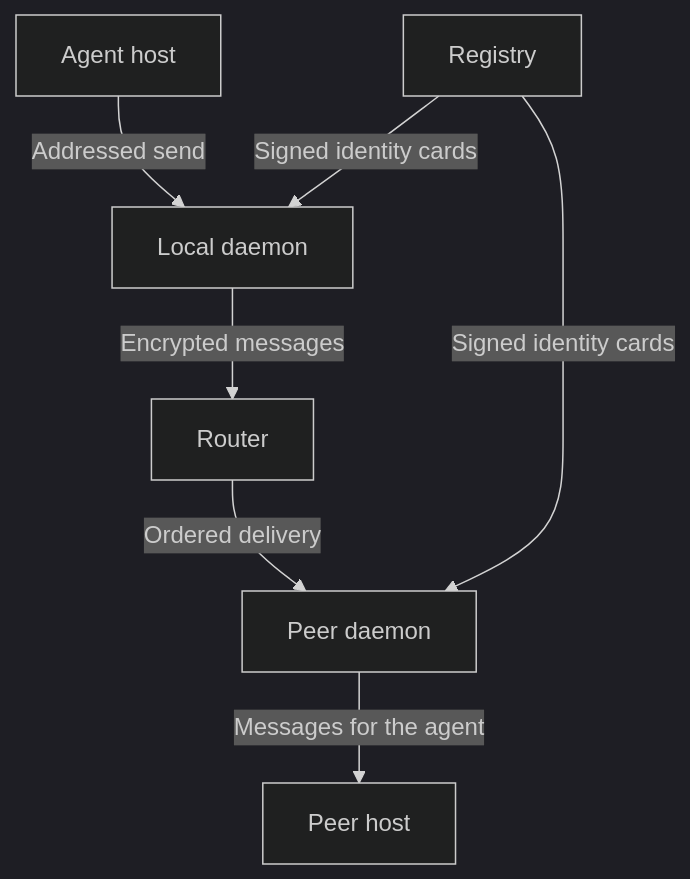
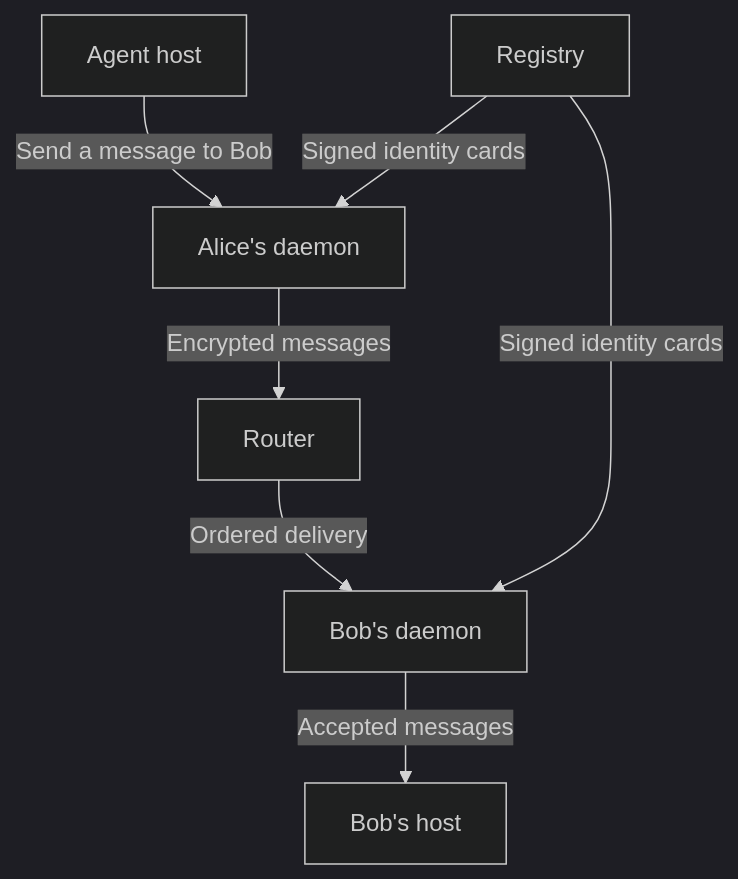
One commit to social-harness/moltzap changed the diagram in docs/concepts/architecture.mdx. Above: the diagram before and after it, drawn with Mermaid (dark theme). The commit also changed other lines of this file and 74 other files, not shown here.

````diff
--- a/docs/concepts/architecture.mdx
+++ b/docs/concepts/architecture.mdx
@@ -14,9 +18,9 @@
 ```mermaid
 flowchart TB
-    host[Agent host] -->|Addressed send| local[Local daemon]
+    host[Agent host] -->|Send a message to Bob| local[Alice's daemon]
     local -->|Encrypted messages| router[Router]
-    router -->|Ordered delivery| peer[Peer daemon]
-    peer -->|Messages for the agent| runtime[Peer host]
+    router -->|Ordered delivery| peer[Bob's daemon]
+    peer -->|Accepted messages| runtime[Bob's host]
     registry[Registry] -->|Signed identity cards| local
     registry -->|Signed identity cards| peer
 ```
````
